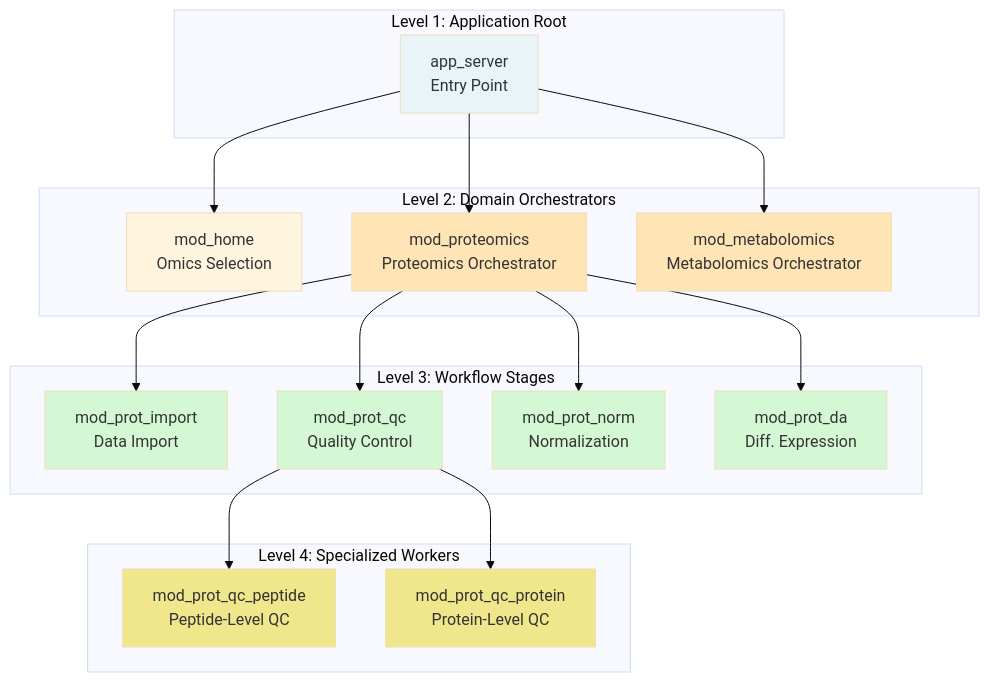
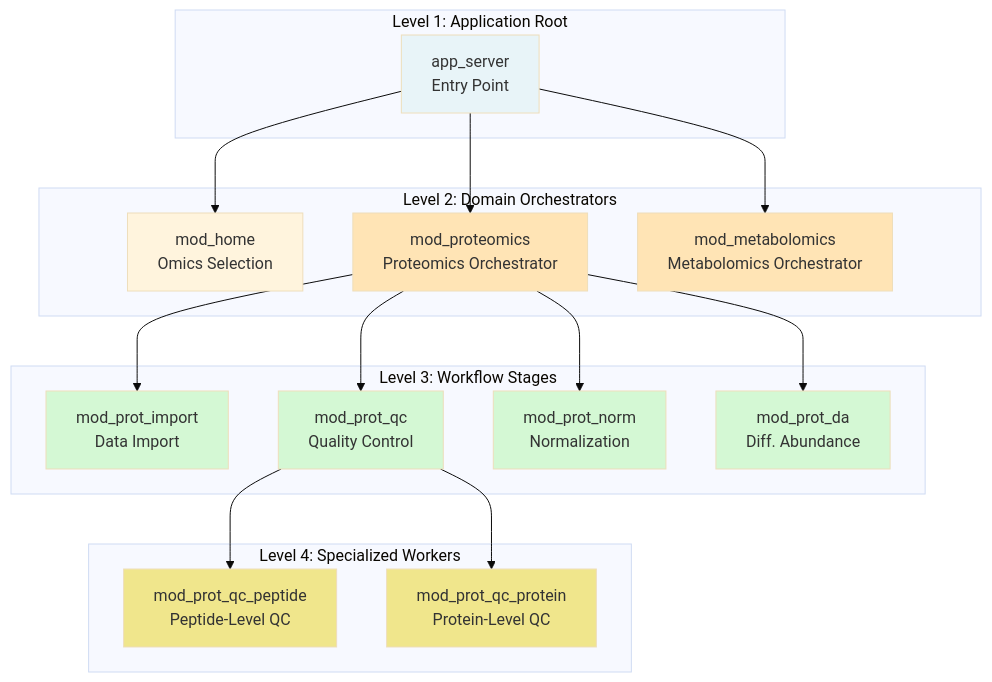
The third of 15 diagrams in docs/dummies_guide_to_multischolar.md (APAF-bioinformatics/MultiScholaR), drawn with Mermaid (base theme) before and after one commit. The commit also changed other lines of this file, not shown here.

````diff
--- a/docs/dummies_guide_to_multischolar.md
+++ b/docs/dummies_guide_to_multischolar.md
@@ -1896,46 +1896,46 @@
 ```mermaid
 flowchart TD
     subgraph "Level 1: Application Root"
         APP[app_server<br/>Entry Point]
     end
     
     subgraph "Level 2: Domain Orchestrators"
         HOME[mod_home<br/>Omics Selection]
         PROT[mod_proteomics<br/>Proteomics Orchestrator]
         METAB[mod_metabolomics<br/>Metabolomics Orchestrator]
     end
     
     subgraph "Level 3: Workflow Stages"
         IMPORT[mod_prot_import<br/>Data Import]
         QC[mod_prot_qc<br/>Quality Control]
         NORM[mod_prot_norm<br/>Normalization]
-        DE[mod_prot_da<br/>Diff. Expression]
+        DA[mod_prot_da<br/>Diff. Abundance]
     end
     
     subgraph "Level 4: Specialized Workers"
         QC_PEP[mod_prot_qc_peptide<br/>Peptide-Level QC]
         QC_PROT[mod_prot_qc_protein<br/>Protein-Level QC]
     end
     
     APP --> HOME
     APP --> PROT
     APP --> METAB
     
     PROT --> IMPORT
     PROT --> QC
     PROT --> NORM
-    PROT --> DE
+    PROT --> DA
     
     QC --> QC_PEP
     QC --> QC_PROT
     
     style APP fill:#E8F4F8
     style PROT fill:#FFE4B5
     style METAB fill:#FFE4B5
     style IMPORT fill:#D4F8D4
     style QC fill:#D4F8D4
     style NORM fill:#D4F8D4
-    style DE fill:#D4F8D4
+    style DA fill:#D4F8D4
     style QC_PEP fill:#F0E68C
     style QC_PROT fill:#F0E68C
 ```
````
